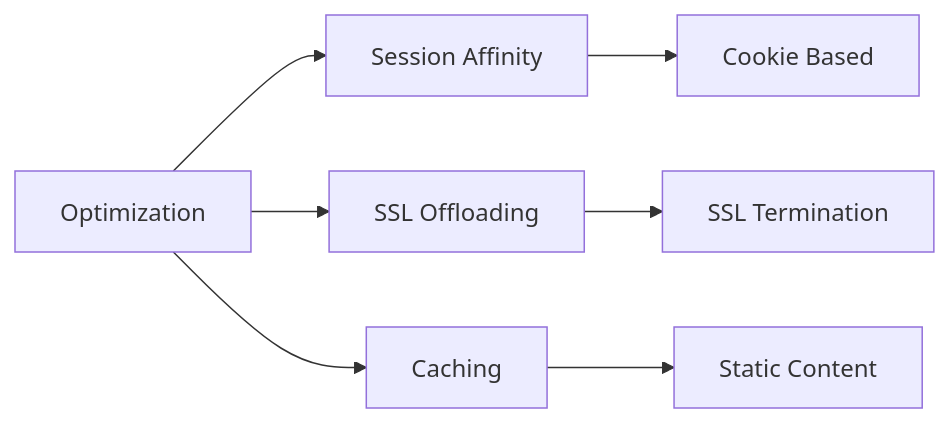
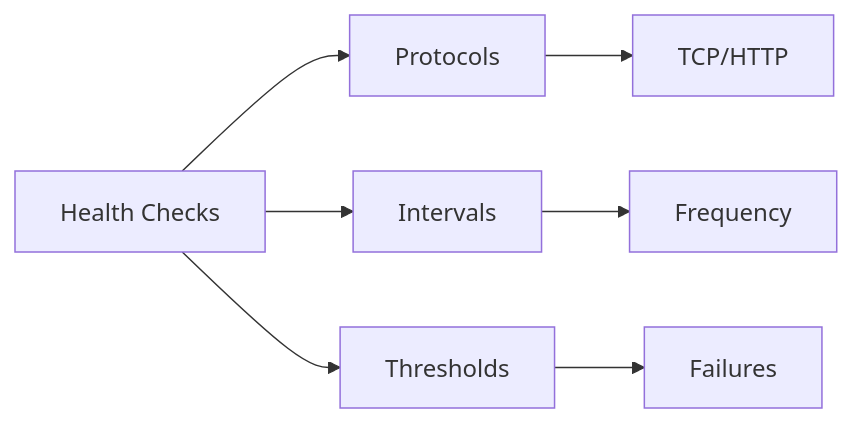
One commit to saravanakumarrc/Architecture_Journey changed diagram 14 of 18 in src/azure/az-104/Load_Balancing.md. Above: the diagram before and after it, drawn with Mermaid. The commit also changed other lines of this file and 6 other files, not shown here.

````diff
--- a/src/azure/az-104/Load_Balancing.md
+++ b/src/azure/az-104/Load_Balancing.md
@@ -208,10 +233,10 @@
 ```mermaid
 graph LR
-    A[Optimization] --> B[Session Affinity]
-    A --> C[SSL Offloading]
-    A --> D[Caching]
+    A[Health Checks] --> B[Protocols]
+    A --> C[Intervals]
+    A --> D[Thresholds]
     
-    B --> E[Cookie Based]
-    C --> F[SSL Termination]
-    D --> G[Static Content]
+    B --> E[TCP/HTTP]
+    C --> F[Frequency]
+    D --> G[Failures]
 ```
````
